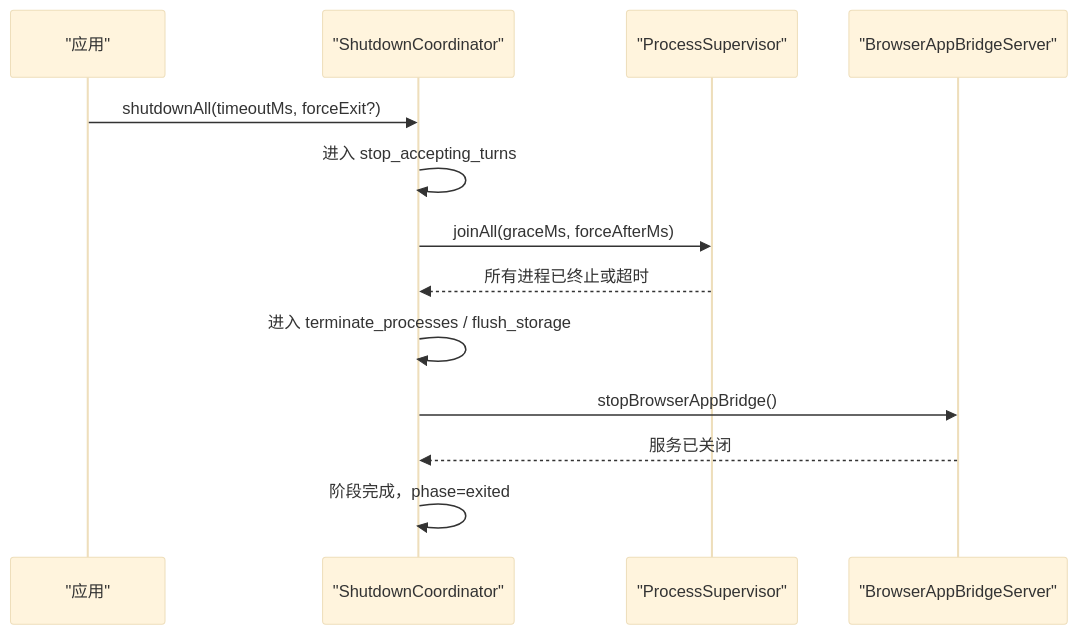
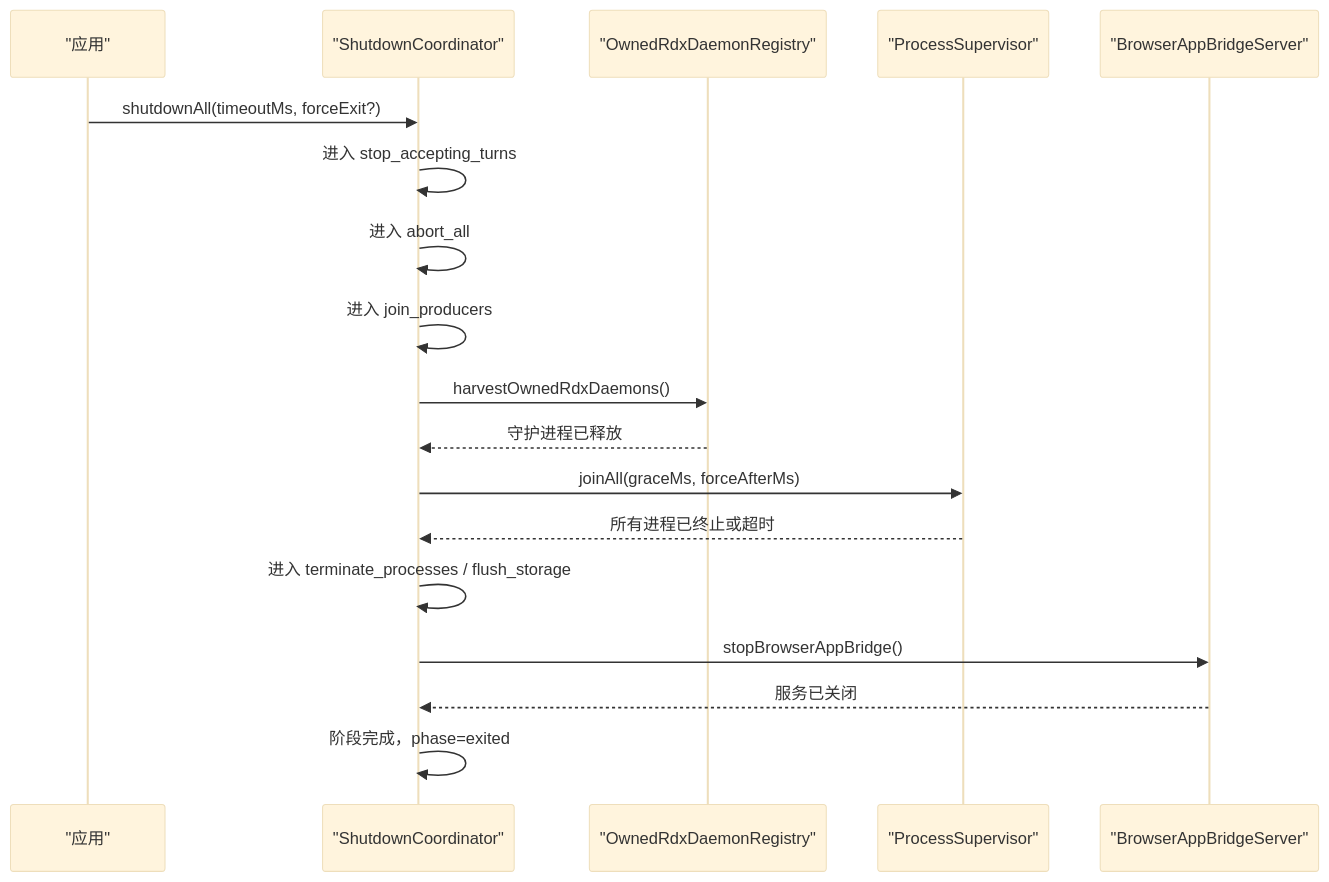
One commit to haolange/RDC-Agent changed the second of 8 diagrams in .qoder/repowiki/zh/content/架构设计/主进程架构/生命周期管理.md. Above: the diagram before and after it, drawn with Mermaid (base theme). The commit also changed other lines of this file and 28 other files, not shown here.

````diff
--- a/.qoder/repowiki/zh/content/架构设计/主进程架构/生命周期管理.md
+++ b/.qoder/repowiki/zh/content/架构设计/主进程架构/生命周期管理.md
@@ -85,15 +104,20 @@
 ```mermaid
 sequenceDiagram
 participant App as "应用"
 participant SC as "ShutdownCoordinator"
+participant ORD as "OwnedRdxDaemonRegistry"
 participant PS as "ProcessSupervisor"
 participant BBS as "BrowserAppBridgeServer"
 App->>SC : shutdownAll(timeoutMs, forceExit?)
 SC->>SC : 进入 stop_accepting_turns
+SC->>SC : 进入 abort_all
+SC->>SC : 进入 join_producers
+SC->>ORD : harvestOwnedRdxDaemons()
+ORD-->>SC : 守护进程已释放
 SC->>PS : joinAll(graceMs, forceAfterMs)
 PS-->>SC : 所有进程已终止或超时
 SC->>SC : 进入 terminate_processes / flush_storage
 SC->>BBS : stopBrowserAppBridge()
 BBS-->>SC : 服务已关闭
 SC->>SC : 阶段完成，phase=exited
 ```
````
